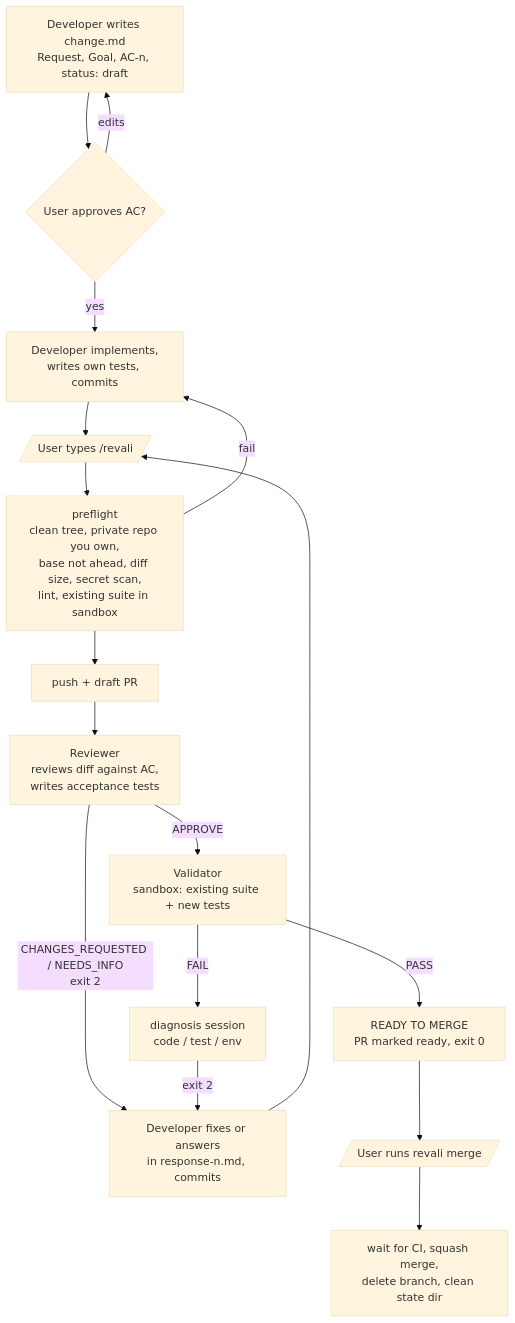
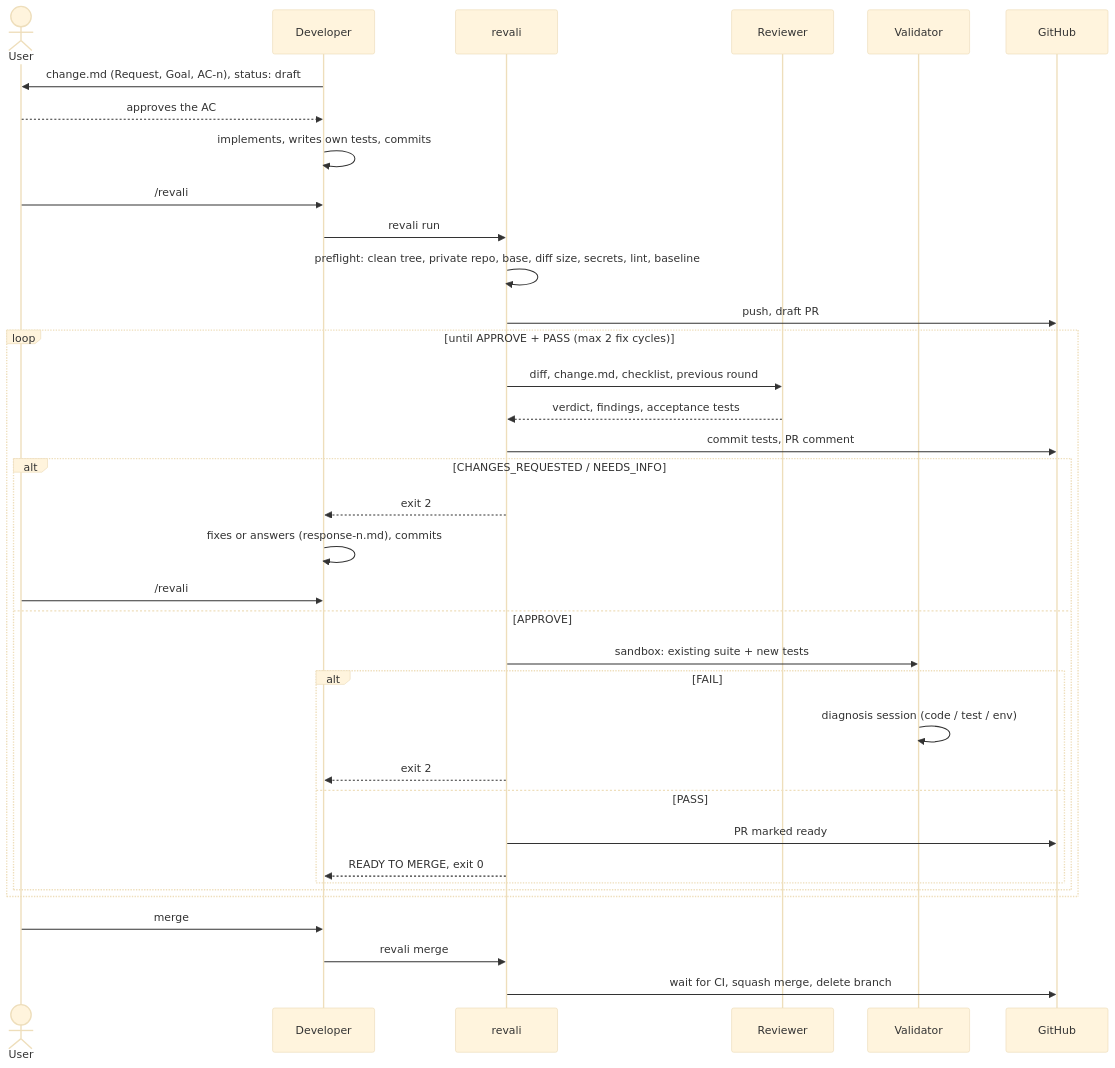
The diagram in README.md (ianmhuang/revali), drawn with Mermaid (base theme) before and after one commit.

Commit message:
README: draw the loop as a sequence diagram
Claude-Session: https://claude.ai/code/session_017Mn4YsQF569f7TDXQx2atW

````diff
--- a/README.md
+++ b/README.md
@@ -16,19 +16,39 @@
 ```mermaid
-flowchart TD
-    D1[Developer writes change.md<br/>Request, Goal, AC-n, status: draft] --> U1{User approves AC?}
-    U1 -- edits --> D1
-    U1 -- yes --> D2[Developer implements,<br/>writes own tests, commits]
-    D2 --> U2[/User types /revali/]
-    U2 --> P[preflight<br/>clean tree, private repo you own,<br/>base not ahead, diff size, secret scan,<br/>lint, existing suite in sandbox]
-    P -- fail --> D2
-    P --> PR[push + draft PR]
-    PR --> R[Reviewer<br/>reviews diff against AC,<br/>writes acceptance tests]
-    R -- CHANGES_REQUESTED / NEEDS_INFO<br/>exit 2 --> D3[Developer fixes or answers<br/>in response-n.md, commits]
-    D3 --> U2
-    R -- APPROVE --> V[Validator<br/>sandbox: existing suite + new tests]
-    V -- FAIL --> C[diagnosis session<br/>code / test / env]
-    C -- exit 2 --> D3
-    V -- PASS --> M[READY TO MERGE<br/>PR marked ready, exit 0]
-    M --> U3[/User runs revali merge/]
-    U3 --> G[wait for CI, squash merge,<br/>delete branch, clean state dir]
+sequenceDiagram
+    actor U as User
+    participant D as Developer
+    participant R as revali
+    participant B as Reviewer
+    participant V as Validator
+    participant G as GitHub
+
+    D->>U: change.md (Request, Goal, AC-n), status: draft
+    U-->>D: approves the AC
+    D->>D: implements, writes own tests, commits
+    U->>D: /revali
+    D->>R: revali run
+    R->>R: preflight: clean tree, private repo, base, diff size, secrets, lint, baseline
+    R->>G: push, draft PR
+    loop until APPROVE + PASS (max 2 fix cycles)
+        R->>B: diff, change.md, checklist, previous round
+        B-->>R: verdict, findings, acceptance tests
+        R->>G: commit tests, PR comment
+        alt CHANGES_REQUESTED / NEEDS_INFO
+            R-->>D: exit 2
+            D->>D: fixes or answers (response-n.md), commits
+            U->>D: /revali
+        else APPROVE
+            R->>V: sandbox: existing suite + new tests
+            alt FAIL
+                V->>V: diagnosis session (code / test / env)
+                R-->>D: exit 2
+            else PASS
+                R->>G: PR marked ready
+                R-->>D: READY TO MERGE, exit 0
+            end
+        end
+    end
+    U->>D: merge
+    D->>R: revali merge
+    R->>G: wait for CI, squash merge, delete branch
 ```
````
